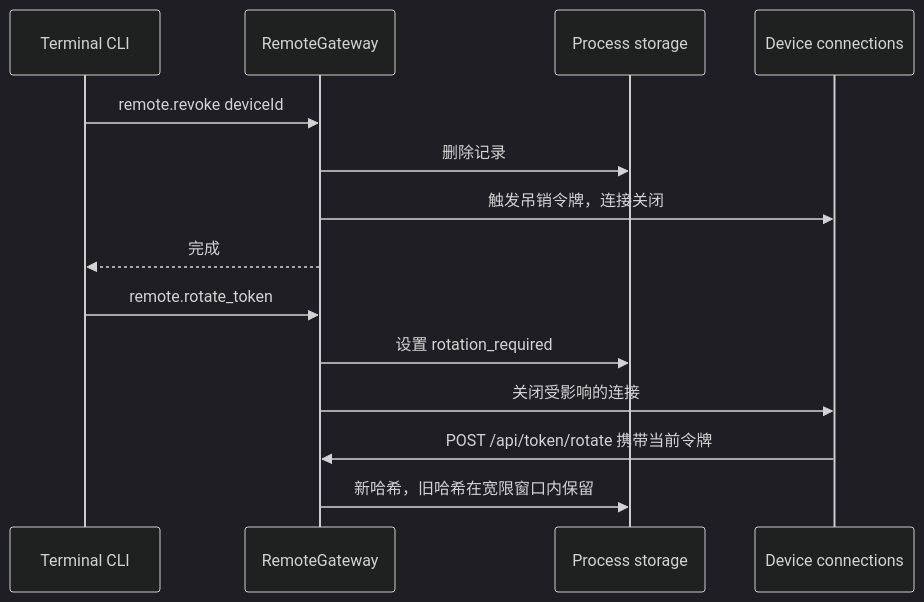
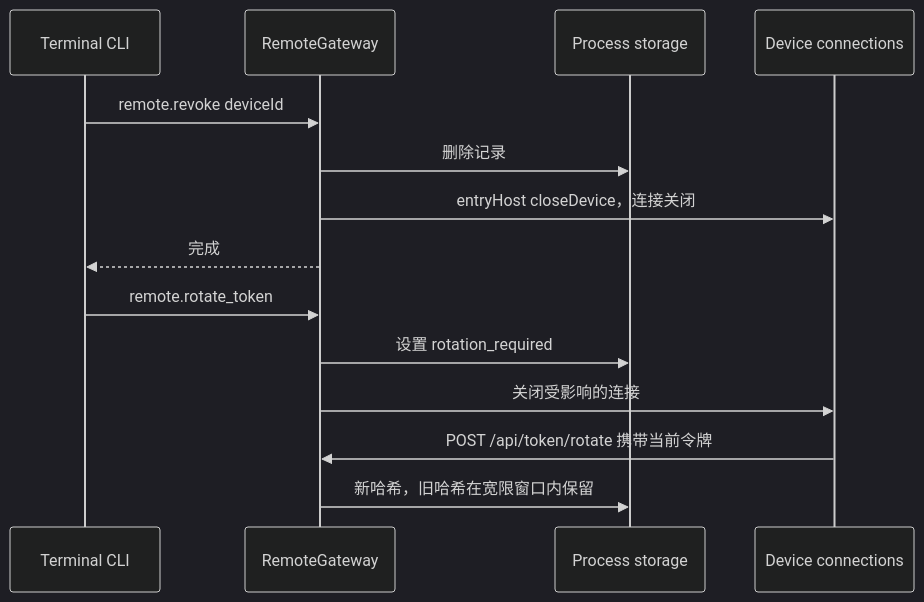
Before and after one commit to CoutinhoTTS/dim-agent: the fifth of 6 diagrams in docs/zh/design/plugins/RemoteGateway.md, drawn with Mermaid (dark theme). The commit also changed other lines of this file and 18 other files, not shown here.

````diff
--- a/docs/zh/design/plugins/RemoteGateway.md
+++ b/docs/zh/design/plugins/RemoteGateway.md
@@ -123,16 +123,16 @@
 ```mermaid
 sequenceDiagram
   participant U as Terminal CLI
   participant RG as RemoteGateway
   participant PS as Process storage
   participant C as Device connections
   U->>RG: remote.revoke deviceId
   RG->>PS: 删除记录
-  RG->>C: 触发吊销令牌，连接关闭
+  RG->>C: entryHost closeDevice，连接关闭
   RG-->>U: 完成
   U->>RG: remote.rotate_token
   RG->>PS: 设置 rotation_required
   RG->>C: 关闭受影响的连接
   C->>RG: POST /api/token/rotate 携带当前令牌
   RG->>PS: 新哈希，旧哈希在宽限窗口内保留
 ```
````
